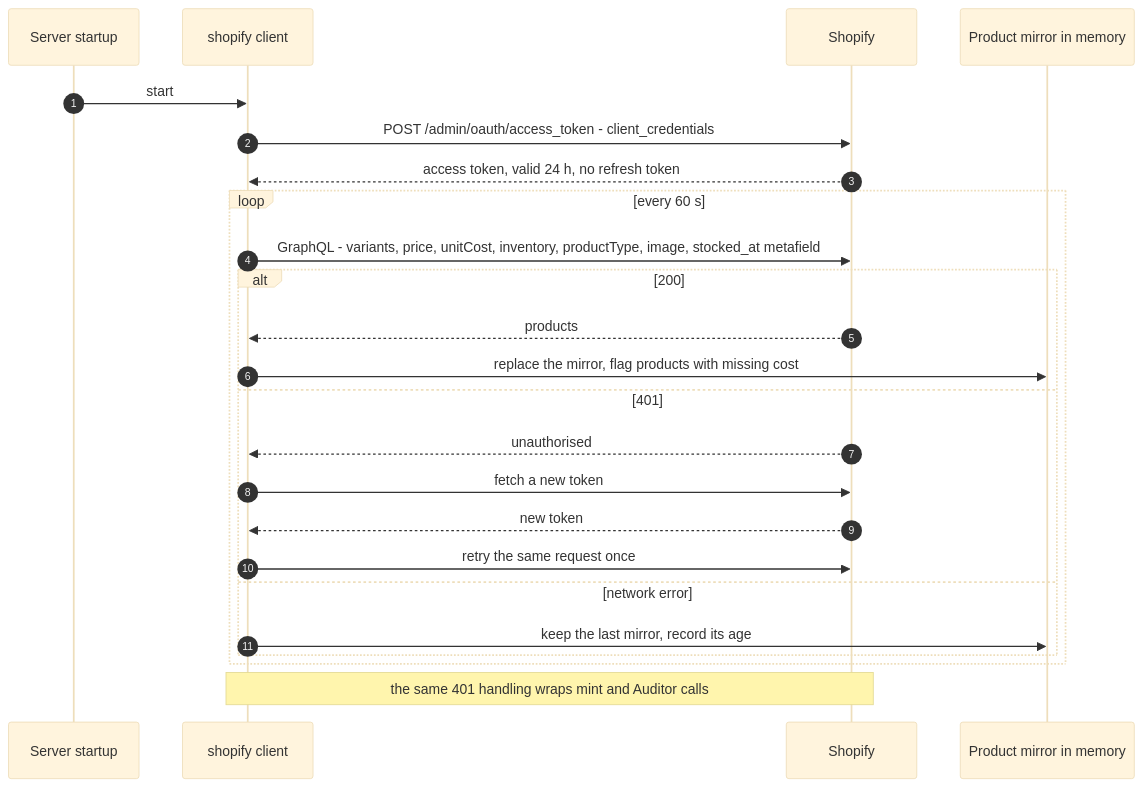
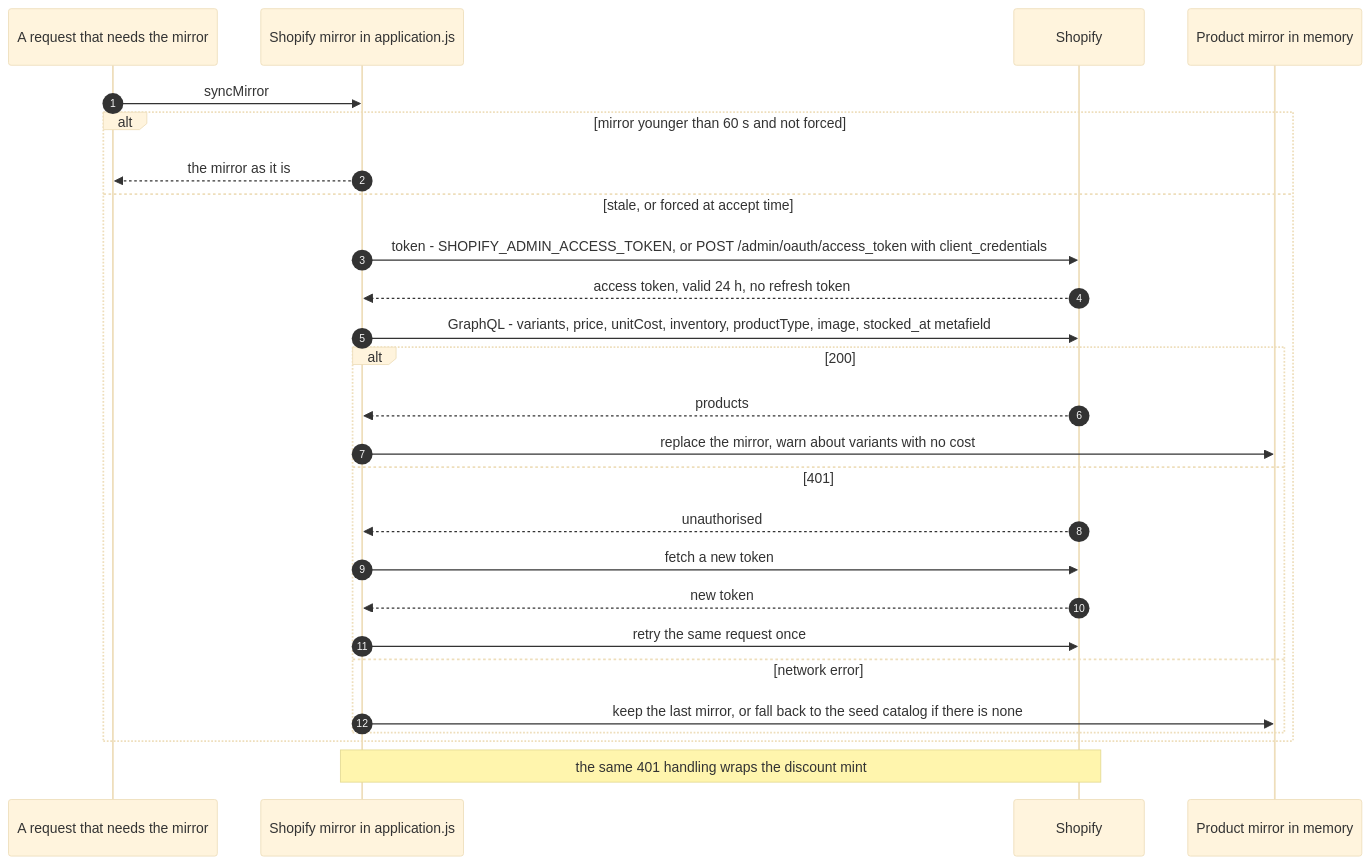
One commit to Maristanez/bazaar changed the tenth of 22 diagrams in docs/ARCHITECTURE.md. Above: the diagram before and after it, drawn with Mermaid (base theme). The commit also changed other lines of this file and 13 other files, not shown here.

````diff
--- a/docs/ARCHITECTURE.md
+++ b/docs/ARCHITECTURE.md
@@ -403,27 +399,29 @@
 ```mermaid
 sequenceDiagram
   autonumber
-  participant V as Server startup
-  participant Y as shopify client
+  participant V as A request that needs the mirror
+  participant Y as Shopify mirror in application.js
   participant H as Shopify
   participant D as Product mirror in memory
 
-  V->>Y: start
-  Y->>H: POST /admin/oauth/access_token - client_credentials
-  H-->>Y: access token, valid 24 h, no refresh token
-  loop every 60 s
+  V->>Y: syncMirror
+  alt mirror younger than 60 s and not forced
+    Y-->>V: the mirror as it is
+  else stale, or forced at accept time
+    Y->>H: token - SHOPIFY_ADMIN_ACCESS_TOKEN, or POST /admin/oauth/access_token with client_credentials
+    H-->>Y: access token, valid 24 h, no refresh token
     Y->>H: GraphQL - variants, price, unitCost, inventory, productType, image, stocked_at metafield
     alt 200
       H-->>Y: products
-      Y->>D: replace the mirror, flag products with missing cost
+      Y->>D: replace the mirror, warn about variants with no cost
     else 401
       H-->>Y: unauthorised
       Y->>H: fetch a new token
       H-->>Y: new token
       Y->>H: retry the same request once
     else network error
-      Y->>D: keep the last mirror, record its age
+      Y->>D: keep the last mirror, or fall back to the seed catalog if there is none
     end
   end
-  Note over Y,H: the same 401 handling wraps mint and Auditor calls
+  Note over Y,H: the same 401 handling wraps the discount mint
 ```
````
